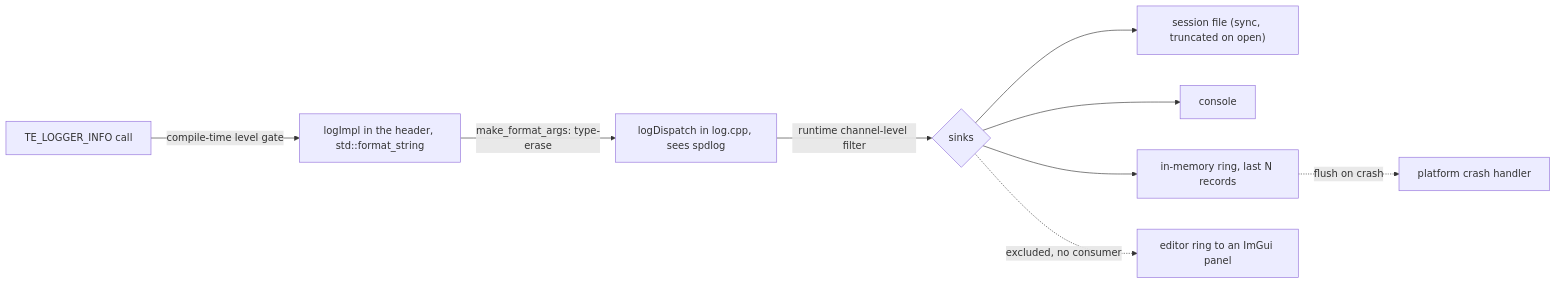
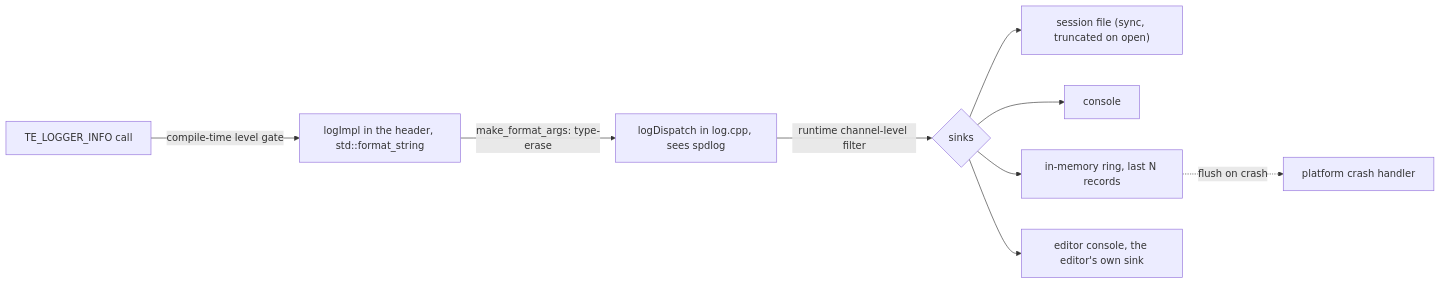
The diagram in 04 Design Docs/Utilities/Logger - Design.md (techattackteam/TechEngine-vault), drawn with Mermaid before and after one commit. The commit also changed other lines of this file and 5 other files, not shown here.

Commit message:
Console panel designed

````diff
--- a/04 Design Docs/Utilities/Logger - Design.md
+++ b/04 Design Docs/Utilities/Logger - Design.md
@@ -84,11 +88,11 @@
 ```mermaid
 flowchart LR
   A["TE_LOGGER_INFO call"] -->|compile-time level gate| B["logImpl in the header, std::format_string"]
   B -->|"make_format_args: type-erase"| C["logDispatch in log.cpp, sees spdlog"]
   C -->|runtime channel-level filter| D{sinks}
   D --> F["session file (sync, truncated on open)"]
   D --> H["console"]
   D --> R["in-memory ring, last N records"]
   R -. flush on crash .-> G["platform crash handler"]
-  D -. excluded, no consumer .-> E["editor ring to an ImGui panel"]
+  D --> E["editor console, the editor's own sink"]
 ```
````
